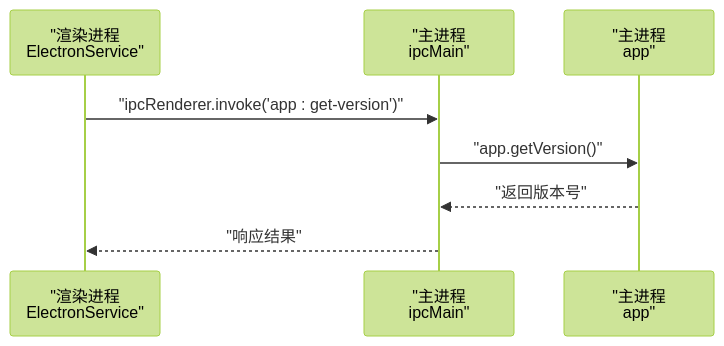
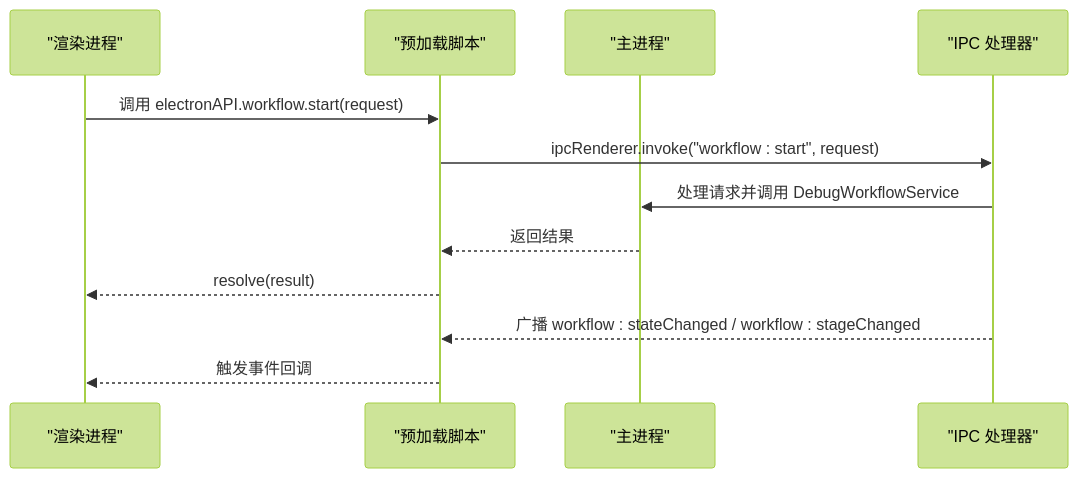
The third of 8 diagrams in .qoder/repowiki/zh/content/架构设计/架构设计.md (haolange/RDC-Agent), drawn with Mermaid (forest theme) before and after one commit. The commit also changed other lines of this file and 84 other files, not shown here.

````diff
--- a/.qoder/repowiki/zh/content/架构设计/架构设计.md
+++ b/.qoder/repowiki/zh/content/架构设计/架构设计.md
@@ -191,10 +155,14 @@
 ```mermaid
 sequenceDiagram
-participant R as "渲染进程<br/>ElectronService"
-participant P as "主进程<br/>ipcMain"
-participant W as "主进程<br/>app"
-R->>P : "ipcRenderer.invoke('app : get-version')"
-P->>W : "app.getVersion()"
-W-->>P : "返回版本号"
-P-->>R : "响应结果"
+participant UI as "渲染进程"
+participant PRE as "预加载脚本"
+participant MAIN as "主进程"
+participant IPC as "IPC 处理器"
+UI->>PRE : 调用 electronAPI.workflow.start(request)
+PRE->>IPC : ipcRenderer.invoke("workflow : start", request)
+IPC->>MAIN : 处理请求并调用 DebugWorkflowService
+MAIN-->>PRE : 返回结果
+PRE-->>UI : resolve(result)
+IPC-->>PRE : 广播 workflow : stateChanged / workflow : stageChanged
+PRE-->>UI : 触发事件回调
 ```
````
